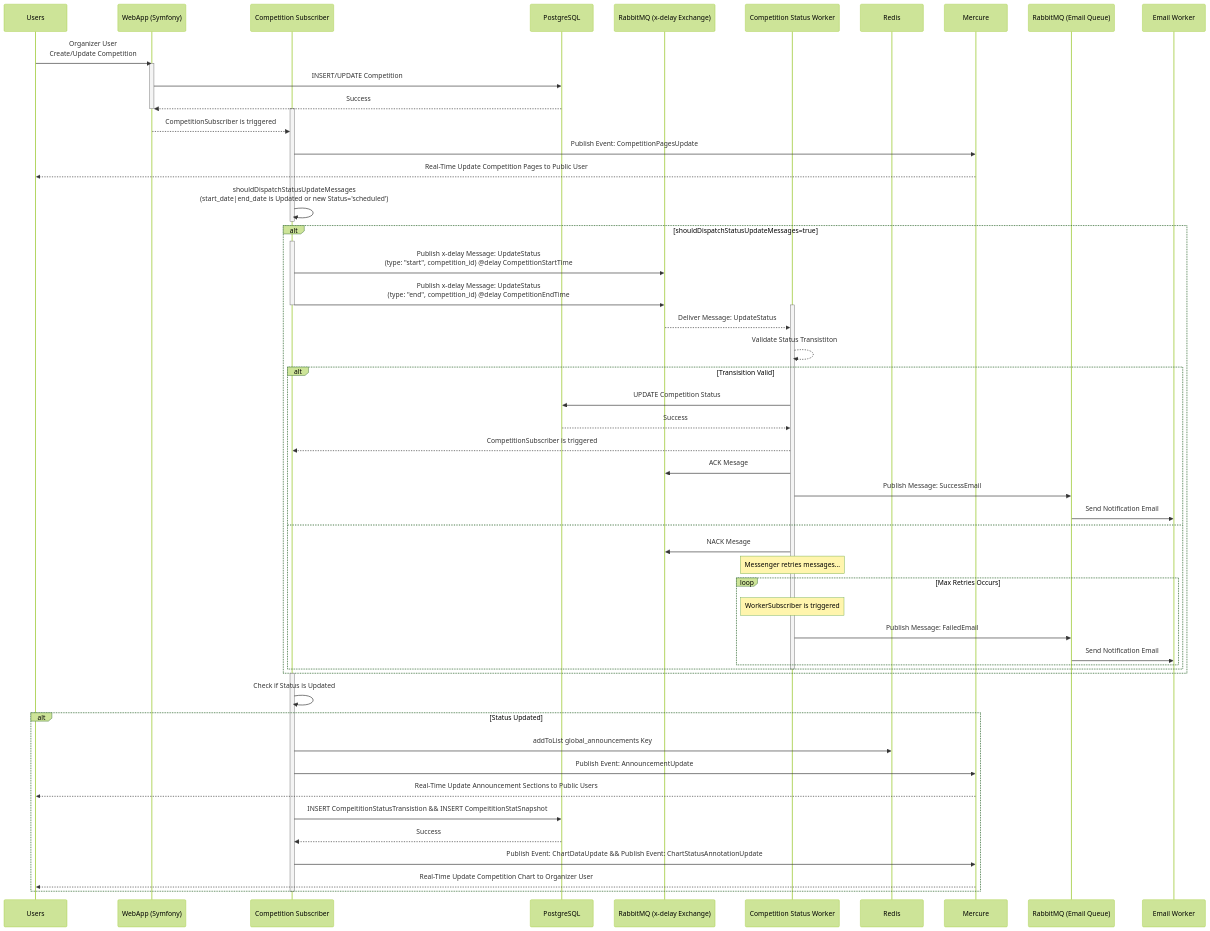
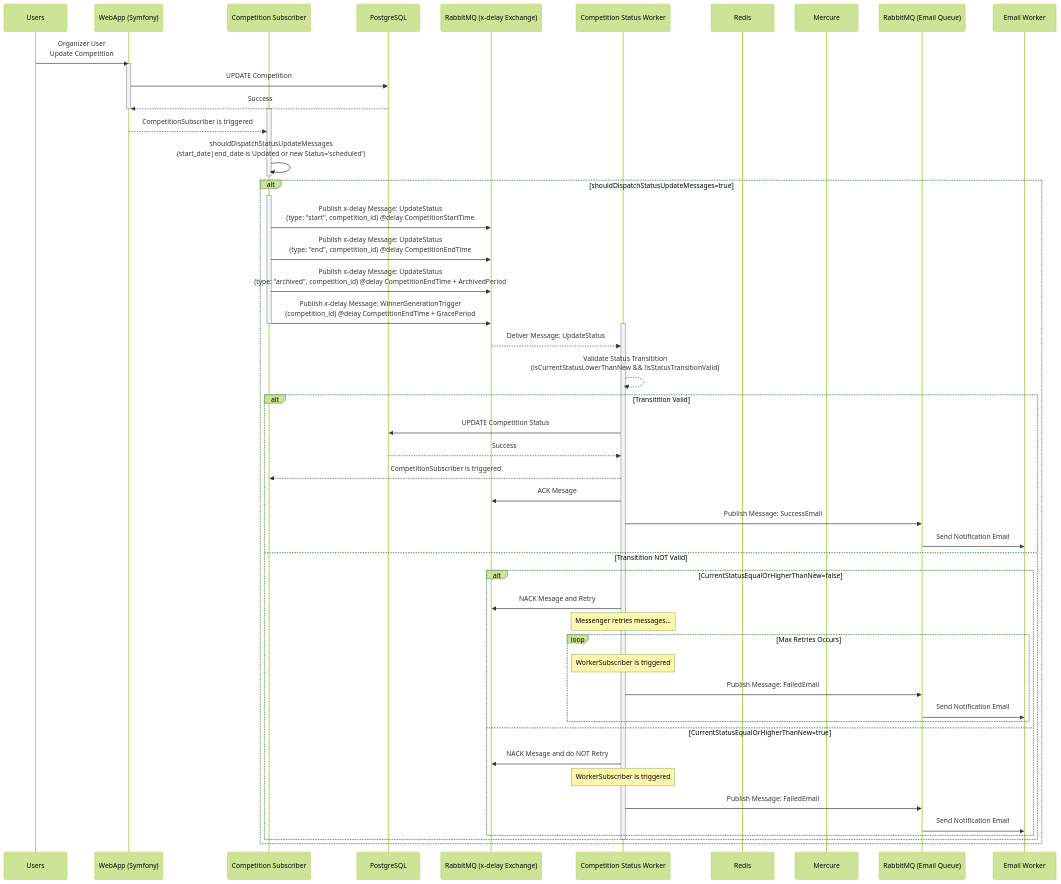
One commit to Spoting/thesis_blaze_competition changed the third of 6 diagrams in mermaid_diagrams.md. Above: the diagram before and after it, drawn with Mermaid (forest theme). The commit also changed other lines of this file, not shown here.

Commit message:
doc: Update Mermaid Code

````diff
--- a/mermaid_diagrams.md
+++ b/mermaid_diagrams.md
@@ -109,69 +109,62 @@
 ```mermaid
 sequenceDiagram
     participant OU as Users
 
     participant WA as WebApp (Symfony)
     participant CS as Competition Subscriber
     participant PG as PostgreSQL
 
     participant RMQ_D as RabbitMQ (x-delay Exchange)
     participant CSW as Competition Status Worker
-    %% participant WGW as Winner Generation Worker
     participant RED as Redis
     participant MER as Mercure
     participant RMQ_E as RabbitMQ (Email Queue)
     participant MW as Email Worker
 
-    OU->>WA: Organizer User <br> Create/Update Competition
+    OU->>WA: Organizer User <br> Update Competition
     activate WA
-    WA->>PG: INSERT/UPDATE Competition
+    WA->>PG: UPDATE Competition
     PG-->>WA: Success
     deactivate WA
     activate CS
     WA-->>CS: CompetitionSubscriber is triggered
-    CS->>MER: Publish Event: CompetitionPagesUpdate
-    MER-->>OU: Real-Time Update Competition Pages to Public User 
 
     CS->>CS: shouldDispatchStatusUpdateMessages <br> (start_date|end_date is Updated or new Status='scheduled')
     deactivate CS
     alt shouldDispatchStatusUpdateMessages=true 
         activate CS
         CS->>RMQ_D: Publish x-delay Message: UpdateStatus <br>(type: "start", competition_id) @delay CompetitionStartTime
         CS->>RMQ_D: Publish x-delay Message: UpdateStatus <br>(type: "end", competition_id) @delay CompetitionEndTime
+        CS->>RMQ_D: Publish x-delay Message: UpdateStatus <br>(type: "archived", competition_id) @delay CompetitionEndTime + ArchivedPeriod
+        CS->>RMQ_D: Publish x-delay Message: WinnerGenerationTrigger <br>(competition_id) @delay CompetitionEndTime + GracePeriod
         deactivate CS
-        %% CS->>RMQ_D: Publish x-delay Message: WinnerGenerationTrigger <br>(competition_id) @delay CompetitionEndTime + GracePeriod
+        
         activate CSW
         RMQ_D-->>CSW: Deliver Message: UpdateStatus
-        CSW-->>CSW: Validate Status Transistiton 
-        alt Transisition Valid
+        CSW-->>CSW: Validate Status Transitition <br> (isCurrentStatusLowerThanNew && !isStatusTransitionValid)
+        alt Transitition Valid 
             CSW->>PG: UPDATE Competition Status
             PG-->>CSW: Success
             CSW-->>CS: CompetitionSubscriber is triggered
             CSW->>RMQ_D: ACK Mesage
             CSW->>RMQ_E: Publish Message: SuccessEmail
             RMQ_E->>MW: Send Notification Email
-        else 
-            CSW->>RMQ_D: NACK Mesage
-            note over CSW: Messenger retries messages...
-            loop Max Retries Occurs
-            note over CSW: WorkerSubscriber is triggered
+        else Transitition NOT Valid
+            alt CurrentStatusEqualOrHigherThanNew=false
+                CSW->>RMQ_D: NACK Mesage and Retry
+                note over CSW: Messenger retries messages...
+                loop Max Retries Occurs
+                note over CSW: WorkerSubscriber is triggered
+                    CSW->>RMQ_E: Publish Message: FailedEmail
+                    RMQ_E->>MW: Send Notification Email
+                end
+            else CurrentStatusEqualOrHigherThanNew=true
+                CSW->>RMQ_D: NACK Mesage and do NOT Retry
+                note over CSW: WorkerSubscriber is triggered
                 CSW->>RMQ_E: Publish Message: FailedEmail
                 RMQ_E->>MW: Send Notification Email
             end
         end
         deactivate CSW
     end
-
-    activate CS
-    CS->>CS: Check if Status is Updated
-    alt Status Updated
-        CS->>RED: addToList global_announcements Key
-        CS->>MER: Publish Event: AnnouncementUpdate
-        MER-->>OU: Real-Time Update Announcement Sections to Public Users
-        CS->>PG: INSERT CompeititionStatusTransistion && INSERT CompeititionStatSnapshot
-        PG-->>CS: Success
-        CS->>MER: Publish Event: ChartDataUpdate && Publish Event: ChartStatusAnnotationUpdate
-        MER-->>OU: Real-Time Update Competition Chart to Organizer User 
-    end
-    deactivate CS
 ```
````
